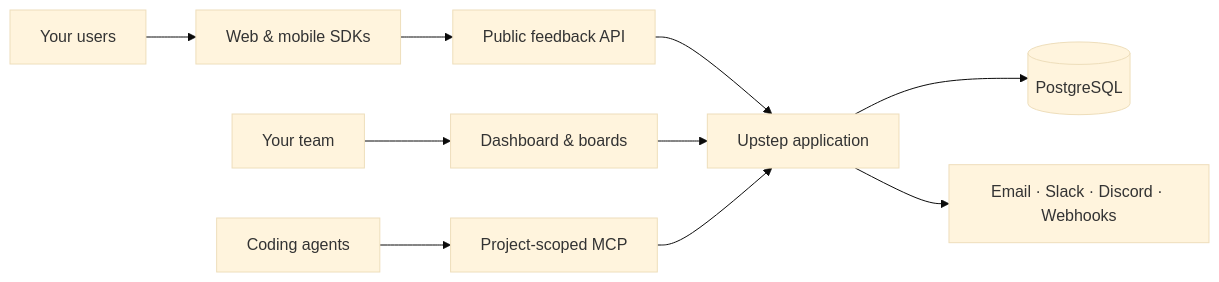
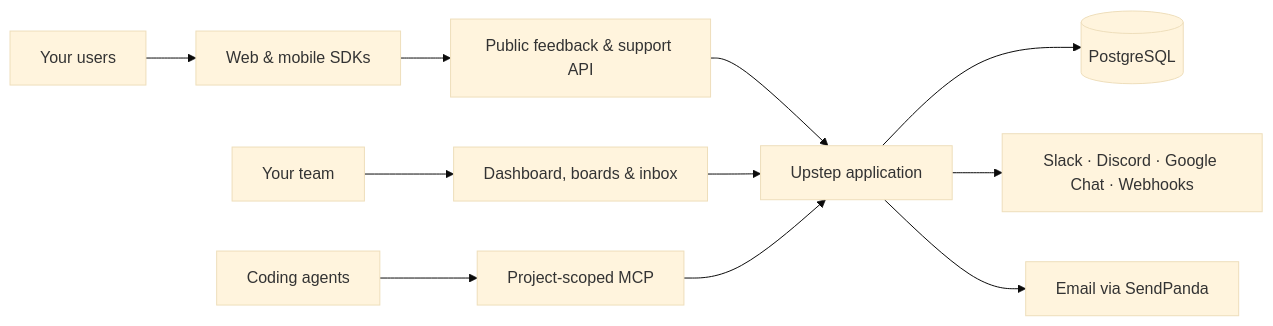
One commit to TheBugEater/upstep changed the diagram in README.md. Above: the diagram before and after it, drawn with Mermaid (base theme). The commit also changed other lines of this file and 1 other file, not shown here.

Commit message:
Refresh README and add SendPanda email links

````diff
--- a/README.md
+++ b/README.md
@@ -98,12 +103,13 @@
 ```mermaid
 flowchart LR
     U[Your users] --> SDK[Web & mobile SDKs]
-    SDK --> API[Public feedback API]
-    T[Your team] --> DASH[Dashboard & boards]
+    SDK --> API[Public feedback & support API]
+    T[Your team] --> DASH[Dashboard, boards & inbox]
     A[Coding agents] --> MCP[Project-scoped MCP]
     API --> CORE[Upstep application]
     DASH --> CORE
     MCP --> CORE
     CORE --> DB[(PostgreSQL)]
-    CORE --> OUT[Email · Slack · Discord · Webhooks]
+    CORE --> OUT[Slack · Discord · Google Chat · Webhooks]
+    CORE --> MAIL[Email via SendPanda]
 ```
````
